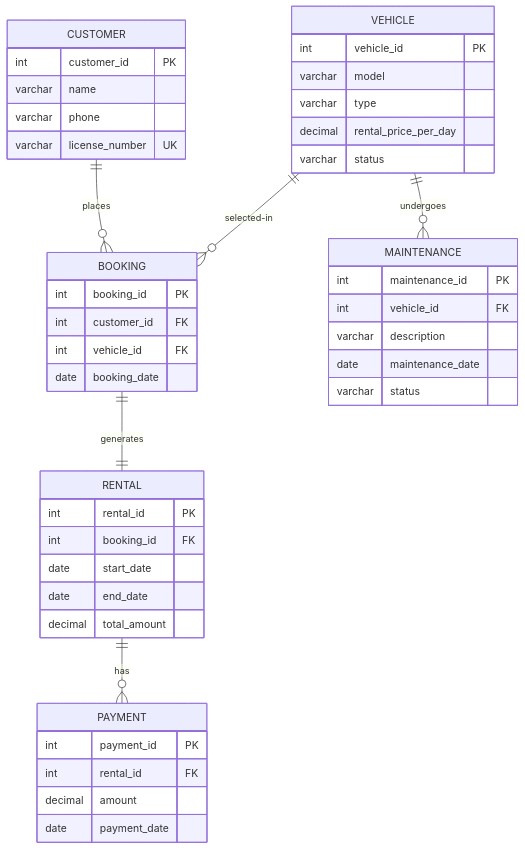
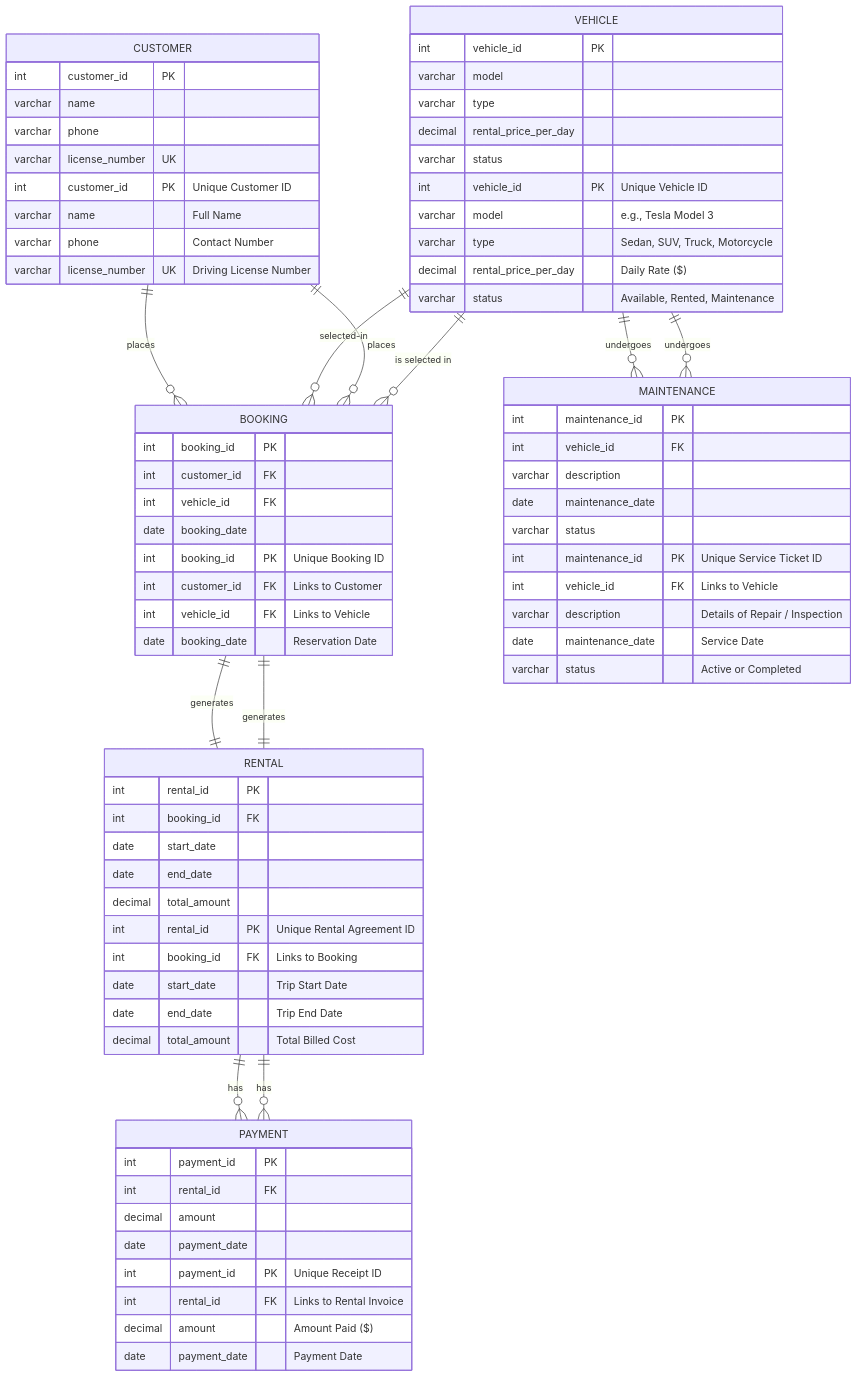
Before and after one commit to Rakshi0212/Vehicle-Rental-System: the fourth of 6 diagrams in README.md, drawn with Mermaid. The commit also changed other lines of this file, not shown here.

First line of the commit message:
Revise README for clarity and additional details

````diff
--- a/README.md
+++ b/README.md
@@ -29,48 +72,79 @@
 ```mermaid
 erDiagram
     CUSTOMER {
         int customer_id PK
         varchar name
         varchar phone
         varchar license_number UK
+        int customer_id PK "Unique Customer ID"
+        varchar name "Full Name"
+        varchar phone "Contact Number"
+        varchar license_number UK "Driving License Number"
     }
     VEHICLE {
         int vehicle_id PK
         varchar model
         varchar type
         decimal rental_price_per_day
         varchar status
+        int vehicle_id PK "Unique Vehicle ID"
+        varchar model "e.g., Tesla Model 3"
+        varchar type "Sedan, SUV, Truck, Motorcycle"
+        decimal rental_price_per_day "Daily Rate ($)"
+        varchar status "Available, Rented, Maintenance"
     }
     BOOKING {
         int booking_id PK
         int customer_id FK
         int vehicle_id FK
         date booking_date
+        int booking_id PK "Unique Booking ID"
+        int customer_id FK "Links to Customer"
+        int vehicle_id FK "Links to Vehicle"
+        date booking_date "Reservation Date"
     }
     RENTAL {
         int rental_id PK
         int booking_id FK
         date start_date
         date end_date
         decimal total_amount
+        int rental_id PK "Unique Rental Agreement ID"
+        int booking_id FK "Links to Booking"
+        date start_date "Trip Start Date"
+        date end_date "Trip End Date"
+        decimal total_amount "Total Billed Cost"
     }
     PAYMENT {
         int payment_id PK
         int rental_id FK
         decimal amount
         date payment_date
+        int payment_id PK "Unique Receipt ID"
+        int rental_id FK "Links to Rental Invoice"
+        decimal amount "Amount Paid ($)"
+        date payment_date "Payment Date"
     }
     MAINTENANCE {
         int maintenance_id PK
         int vehicle_id FK
         varchar description
         date maintenance_date
         varchar status
+        int maintenance_id PK "Unique Service Ticket ID"
+        int vehicle_id FK "Links to Vehicle"
+        varchar description "Details of Repair / Inspection"
+        date maintenance_date "Service Date"
+        varchar status "Active or Completed"
     }
-
     CUSTOMER ||--o{ BOOKING : places
     VEHICLE ||--o{ BOOKING : selected-in
     BOOKING ||--|| RENTAL : generates
     RENTAL ||--o{ PAYMENT : has
     VEHICLE ||--o{ MAINTENANCE : undergoes
+    CUSTOMER ||--o{ BOOKING : "places"
+    VEHICLE ||--o{ BOOKING : "is selected in"
+    BOOKING ||--|| RENTAL : "generates"
+    RENTAL ||--o{ PAYMENT : "has"
+    VEHICLE ||--o{ MAINTENANCE : "undergoes"
 ```
````
